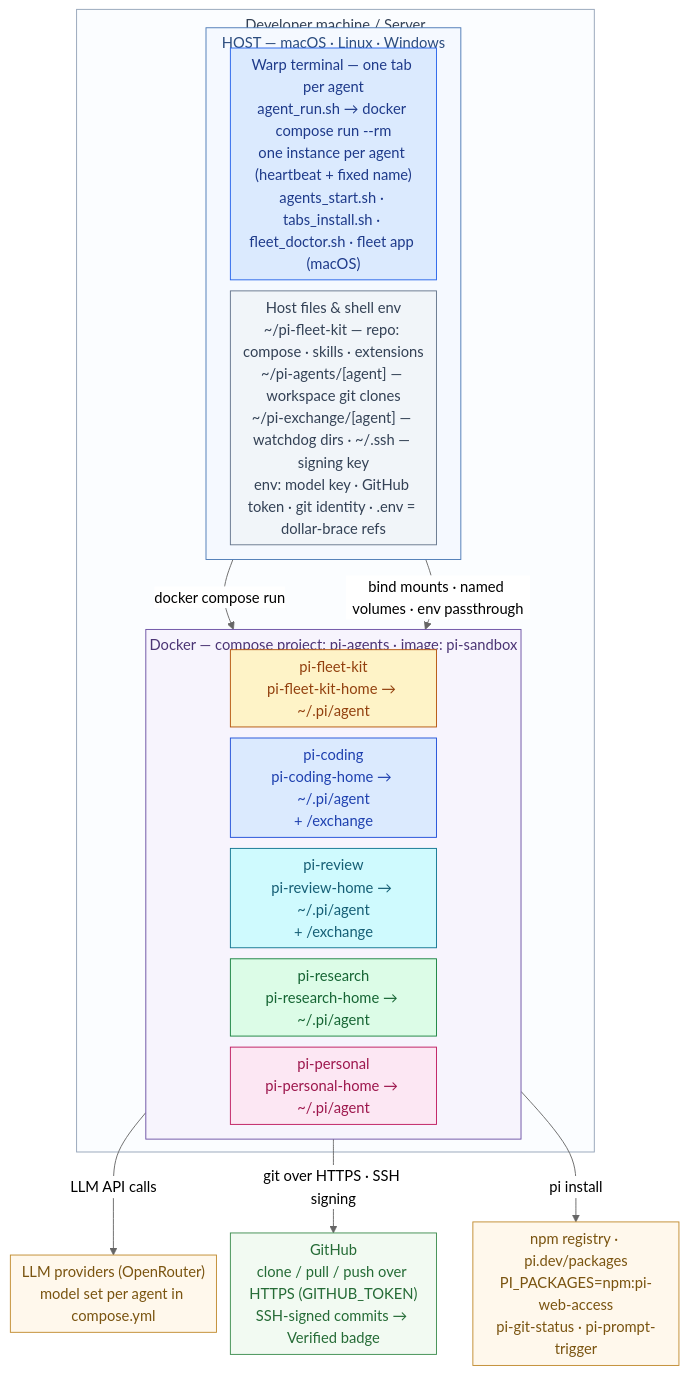
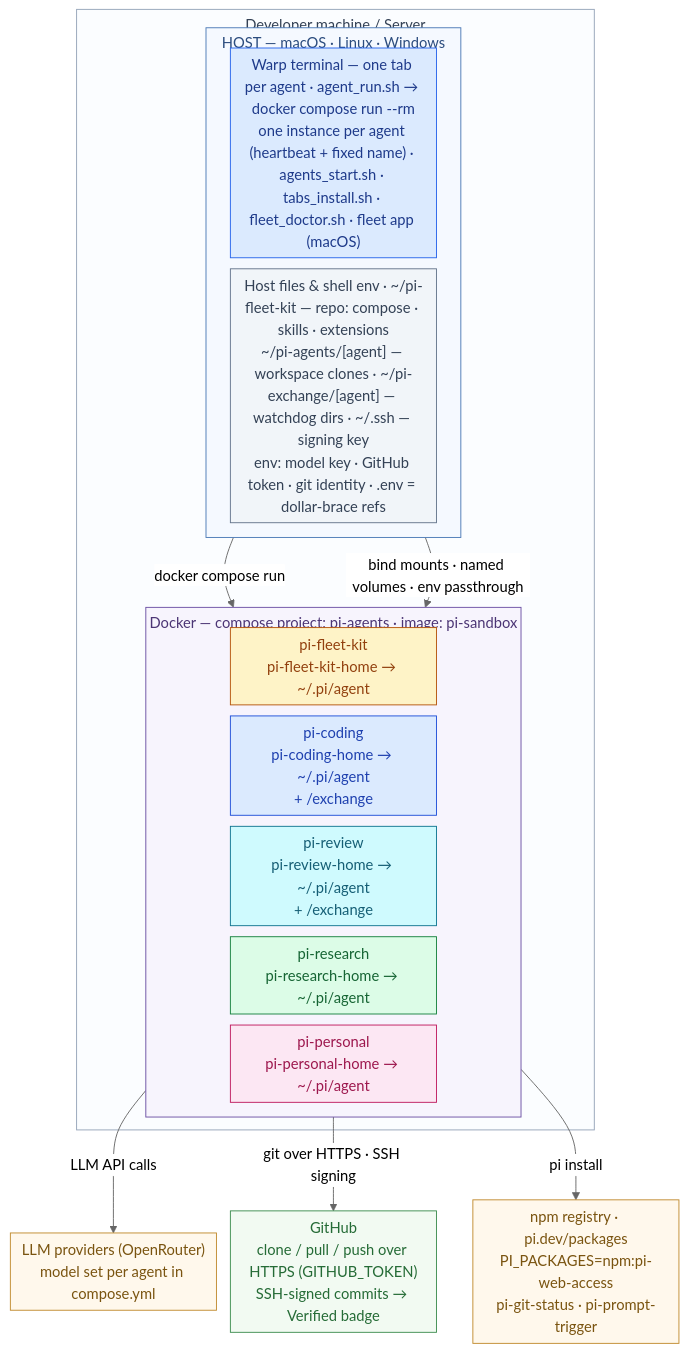
The diagram in README.md (didier-durand/pi-fleet-kit), drawn with Mermaid (neutral theme) before and after one commit.

Commit message:
Diagram: widen Warp and host-files boxes (merged lines, lower height)

````diff
--- a/README.md
+++ b/README.md
@@ -99,50 +99,50 @@
 ```mermaid
 %%{init: {"flowchart": {"nodeSpacing": 12, "rankSpacing": 28, "padding": 6, "diagramPadding": 8, "subGraphTitleMargin": {"top": 4, "bottom": 2}}}}%%
 flowchart TB
   subgraph MACHINE["Developer machine / Server"]
     subgraph HOST["HOST — macOS · Linux · Windows"]
     direction LR
-    WARP["Warp terminal — one tab per agent<br/>agent_run.sh → docker compose run --rm<br/>one instance per agent (heartbeat + fixed name)<br/>agents_start.sh · tabs_install.sh · fleet_doctor.sh · fleet app (macOS)"]
-    FILES["Host files & shell env<br/>~/pi-fleet-kit — repo: compose · skills · extensions<br/>~/pi-agents/[agent] — workspace git clones<br/>~/pi-exchange/[agent] — watchdog dirs · ~/.ssh — signing key<br/>env: model key · GitHub token · git identity · .env = dollar-brace refs"]
+    WARP["Warp terminal — one tab per agent · agent_run.sh → docker compose run --rm<br/>one instance per agent (heartbeat + fixed name) · agents_start.sh · tabs_install.sh · fleet_doctor.sh · fleet app (macOS)"]
+    FILES["Host files & shell env · ~/pi-fleet-kit — repo: compose · skills · extensions<br/>~/pi-agents/[agent] — workspace clones · ~/pi-exchange/[agent] — watchdog dirs · ~/.ssh — signing key<br/>env: model key · GitHub token · git identity · .env = dollar-brace refs"]
   end
   subgraph DOCKER["Docker — compose project: pi-agents · image: pi-sandbox"]
     direction LR
     FLEET["pi-fleet-kit<br/>pi-fleet-kit-home → ~/.pi/agent"]
     CODING["pi-coding<br/>pi-coding-home → ~/.pi/agent<br/>+ /exchange"]
     REVIEW["pi-review<br/>pi-review-home → ~/.pi/agent<br/>+ /exchange"]
     RESEARCH["pi-research<br/>pi-research-home → ~/.pi/agent"]
     PERSONAL["pi-personal<br/>pi-personal-home → ~/.pi/agent"]
   end
   end
   LLM["LLM providers (OpenRouter)<br/>model set per agent in compose.yml"]
   GH["GitHub<br/>clone / pull / push over HTTPS (GITHUB_TOKEN)<br/>SSH-signed commits → Verified badge"]
   NPM["npm registry · pi.dev/packages<br/>PI_PACKAGES=npm:pi-web-access<br/>pi-git-status · pi-prompt-trigger"]
   HOST -->|"docker compose run"| DOCKER
   HOST -->|"bind mounts · named volumes · env passthrough"| DOCKER
   DOCKER -->|"LLM API calls"| LLM
   DOCKER -->|"git over HTTPS · SSH signing"| GH
   DOCKER -->|"pi install"| NPM
   classDef warp fill:#DBEAFE,stroke:#2563EB,color:#1E3A8A
   classDef files fill:#F1F5F9,stroke:#64748B,color:#334155
   classDef yellow fill:#FEF3C7,stroke:#B45309,color:#92400E
   classDef blue fill:#DBEAFE,stroke:#1D4ED8,color:#1E40AF
   classDef cyan fill:#CFFAFE,stroke:#0E7490,color:#155E75
   classDef green fill:#DCFCE7,stroke:#15803D,color:#166534
   classDef magenta fill:#FCE7F3,stroke:#BE185D,color:#9D174D
   classDef llm fill:#FFF8EC,stroke:#C08A2D,color:#7A5410
   classDef gh fill:#F2FAF2,stroke:#3C8C4E,color:#256B36
   classDef npm fill:#FFF8EC,stroke:#C08A2D,color:#7A5410
   class WARP warp
   class FILES files
   class FLEET yellow
   class CODING blue
   class REVIEW cyan
   class RESEARCH green
   class PERSONAL magenta
   class LLM llm
   class GH gh
   class NPM npm
   style HOST fill:#F5F9FF,stroke:#4A78B5,color:#2B4C7E
   style DOCKER fill:#F7F4FD,stroke:#6A4FA3,color:#4C3575
   style MACHINE fill:#FBFDFF,stroke:#94A3B8,color:#334155
 ```
````
